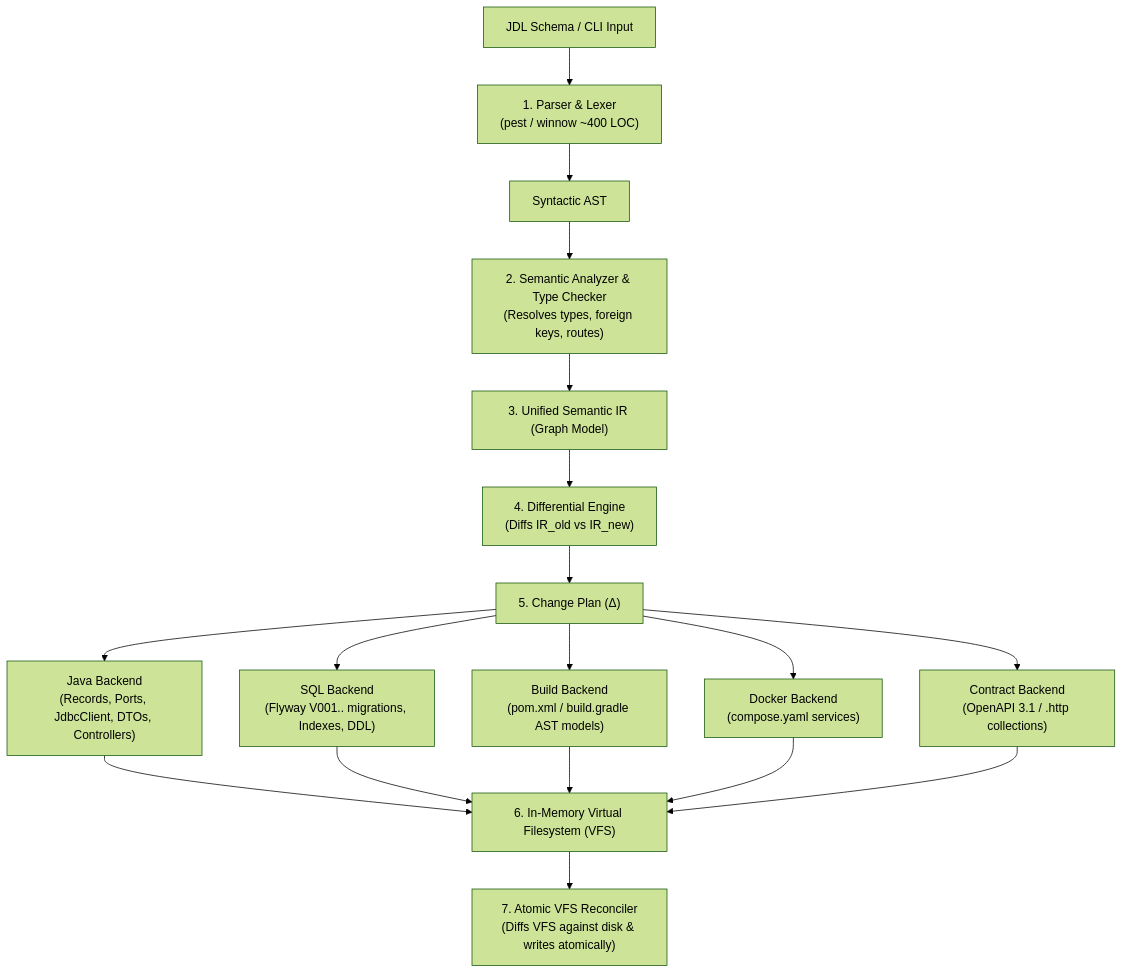
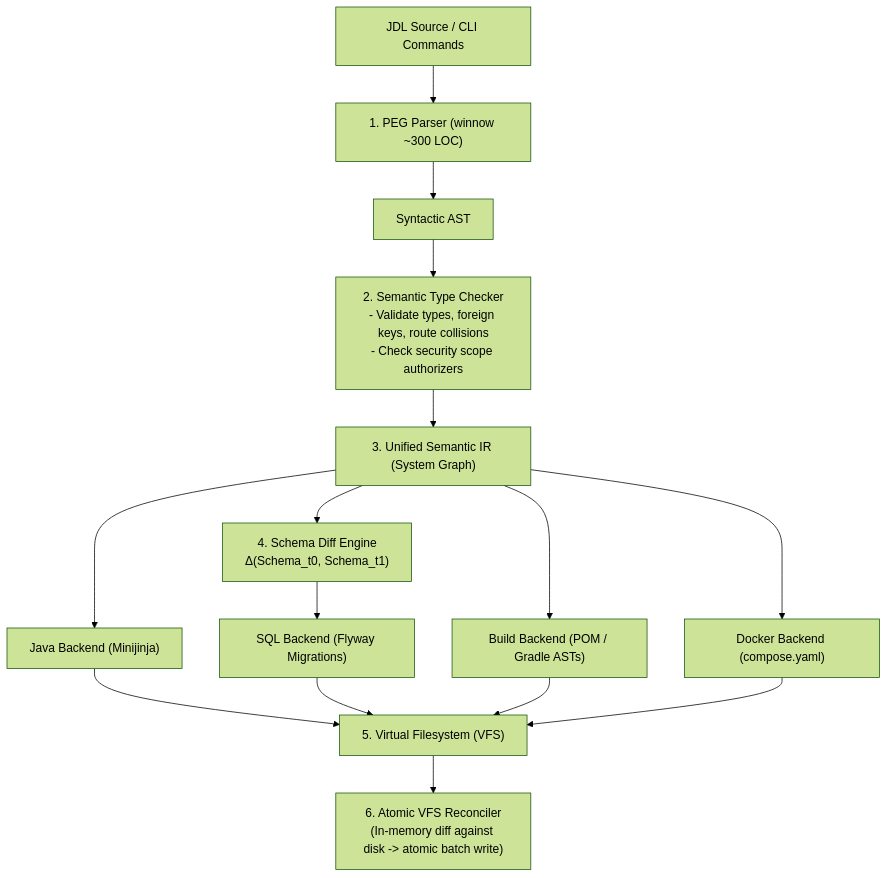
Before and after one commit to laithshadeed/jails: the third of 5 diagrams in simplify-gemini.md, drawn with Mermaid (forest theme). The commit also changed other lines of this file and 4 other files, not shown here.

````diff
--- a/simplify-gemini.md
+++ b/simplify-gemini.md
@@ -163,24 +164,21 @@
 ```mermaid
 flowchart TD
-    SOURCE["JDL Schema / CLI Input"] --> PARSE["1. Parser & Lexer\n(pest / winnow ~400 LOC)"]
+    JDL["JDL Source / CLI Commands"] --> PARSE["1. PEG Parser (winnow ~300 LOC)"]
     PARSE --> AST["Syntactic AST"]
-    AST --> CHECK["2. Semantic Analyzer & Type Checker\n(Resolves types, foreign keys, routes)"]
-    CHECK --> IR["3. Unified Semantic IR (Graph Model)"]
+    AST --> TYPECHECK["2. Semantic Type Checker\n- Validate types, foreign keys, route collisions\n- Check security scope authorizers"]
+    TYPECHECK --> IR["3. Unified Semantic IR (System Graph)"]
+
+    IR --> DIFF["4. Schema Diff Engine\nΔ(Schema_t0, Schema_t1)"]
     
-    IR --> DIFF["4. Differential Engine\n(Diffs IR_old vs IR_new)"]
-    DIFF --> PLAN["5. Change Plan (Δ)"]
-    
-    PLAN --> B_JAVA["Java Backend\n(Records, Ports, JdbcClient, DTOs, Controllers)"]
-    PLAN --> B_SQL["SQL Backend\n(Flyway V001.. migrations, Indexes, DDL)"]
-    PLAN --> B_BUILD["Build Backend\n(pom.xml / build.gradle AST models)"]
-    PLAN --> B_DOCKER["Docker Backend\n(compose.yaml services)"]
-    PLAN --> B_DOCS["Contract Backend\n(OpenAPI 3.1 / .http collections)"]
+    IR --> B_JAVA["Java Backend (Minijinja)"]
+    DIFF --> B_SQL["SQL Backend (Flyway Migrations)"]
+    IR --> B_BUILD["Build Backend (POM / Gradle ASTs)"]
+    IR --> B_DOCKER["Docker Backend (compose.yaml)"]
 
-    B_JAVA --> VFS["6. In-Memory Virtual Filesystem (VFS)"]
+    B_JAVA --> VFS["5. Virtual Filesystem (VFS)"]
     B_SQL --> VFS
     B_BUILD --> VFS
     B_DOCKER --> VFS
-    B_DOCS --> VFS
 
-    VFS --> RECONCILE["7. Atomic VFS Reconciler\n(Diffs VFS against disk & writes atomically)"]
+    VFS --> RECON["6. Atomic VFS Reconciler\n(In-memory diff against disk -> atomic batch write)"]
 ```
````
